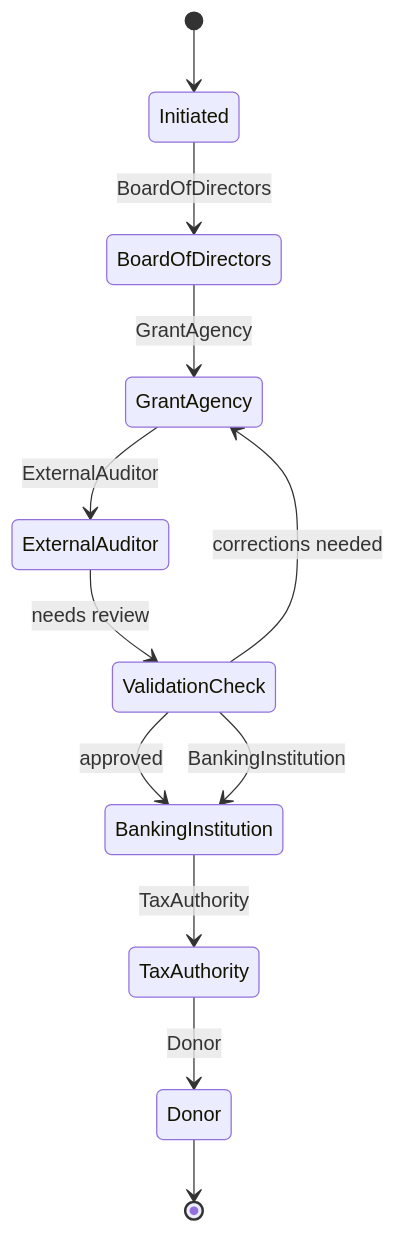
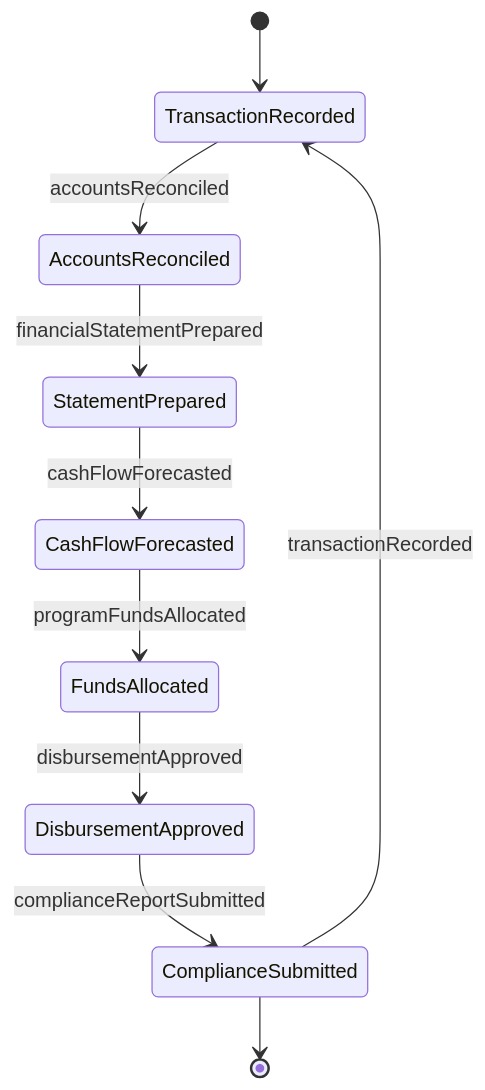
One commit to dot-org-ai/tasks.org.ai changed the second of 4 diagrams in GuidingDirectingAndMotivatingSubordinates/ManageBudgetsOrFinances/ManageOrganizationalProgramFinances.mdx. Above: the diagram before and after it, drawn with Mermaid. The commit also changed other lines of this file and 515 other files, not shown here.

````diff
--- a/GuidingDirectingAndMotivatingSubordinates/ManageBudgetsOrFinances/ManageOrganizationalProgramFinances.mdx
+++ b/GuidingDirectingAndMotivatingSubordinates/ManageBudgetsOrFinances/ManageOrganizationalProgramFinances.mdx
@@ -98,14 +101,12 @@
 ```mermaid
 stateDiagram-v2
-    [*] --> Initiated
-    Initiated --> BoardOfDirectors: BoardOfDirectors
-    BoardOfDirectors --> GrantAgency: GrantAgency
-    GrantAgency --> ExternalAuditor: ExternalAuditor
-    ExternalAuditor --> ValidationCheck: needs review
-    ValidationCheck --> GrantAgency: corrections needed
-    ValidationCheck --> BankingInstitution: approved
-    ValidationCheck --> BankingInstitution: BankingInstitution
-    BankingInstitution --> TaxAuthority: TaxAuthority
-    TaxAuthority --> Donor: Donor
-    Donor --> [*]
+    [*] --> TransactionRecorded
+    TransactionRecorded --> AccountsReconciled : accountsReconciled
+    AccountsReconciled --> StatementPrepared : financialStatementPrepared
+    StatementPrepared --> CashFlowForecasted : cashFlowForecasted
+    CashFlowForecasted --> FundsAllocated : programFundsAllocated
+    FundsAllocated --> DisbursementApproved : disbursementApproved
+    DisbursementApproved --> ComplianceSubmitted : complianceReportSubmitted
+    ComplianceSubmitted --> TransactionRecorded : transactionRecorded
+    ComplianceSubmitted --> [*]
 ```
````
